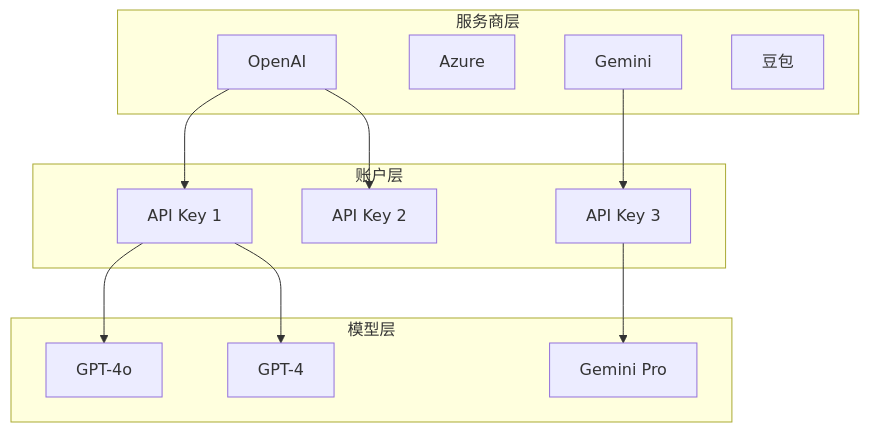
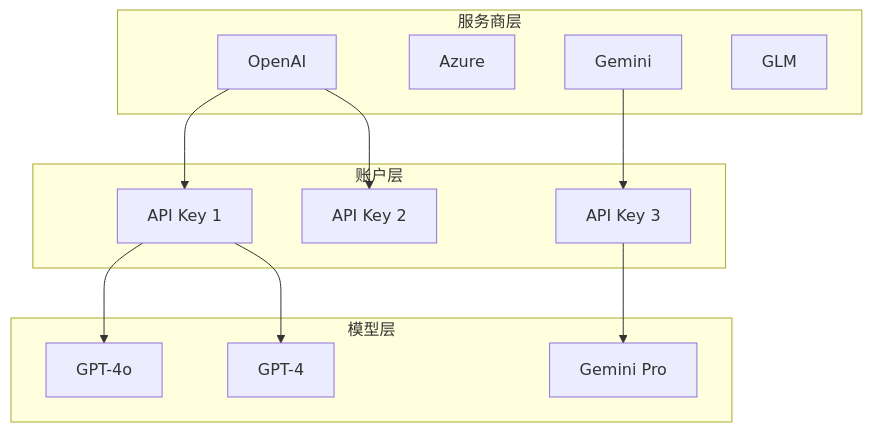
Before and after one commit to openrocky/openrocky.github.io: the fourth of 4 diagrams in i18n/zh-Hans/docusaurus-plugin-content-docs/current/architecture.md, drawn with Mermaid. The commit also changed other lines of this file and 7 other files, not shown here.

````diff
--- a/i18n/zh-Hans/docusaurus-plugin-content-docs/current/architecture.md
+++ b/i18n/zh-Hans/docusaurus-plugin-content-docs/current/architecture.md
@@ -122,28 +122,28 @@
 ```mermaid
 graph TD
     subgraph Providers["服务商层"]
         P1["OpenAI"]
         P2["Azure"]
         P3["Gemini"]
-        P4["豆包"]
+        P4["GLM"]
     end
 
     subgraph Accounts["账户层"]
         A1["API Key 1"]
         A2["API Key 2"]
         A3["API Key 3"]
     end
 
     subgraph Models["模型层"]
         M1["GPT-4o"]
         M2["GPT-4"]
         M3["Gemini Pro"]
     end
 
     P1 --> A1
     P1 --> A2
     P3 --> A3
     A1 --> M1
     A1 --> M2
     A3 --> M3
 ```
````
